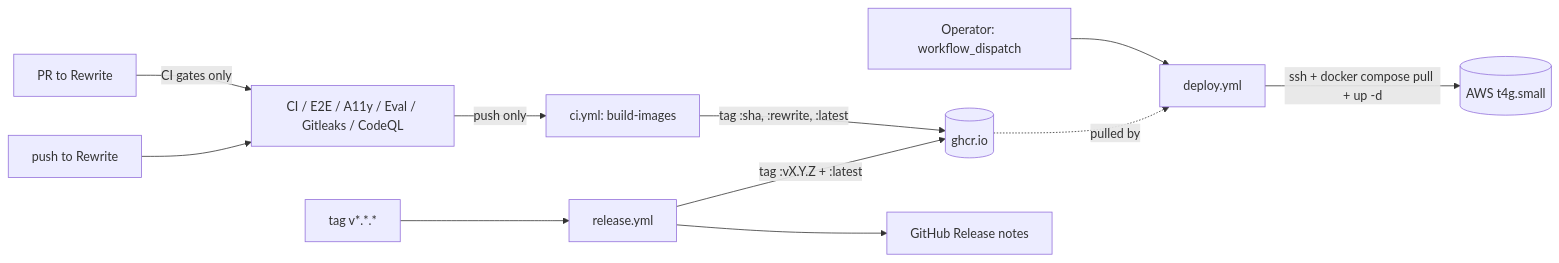
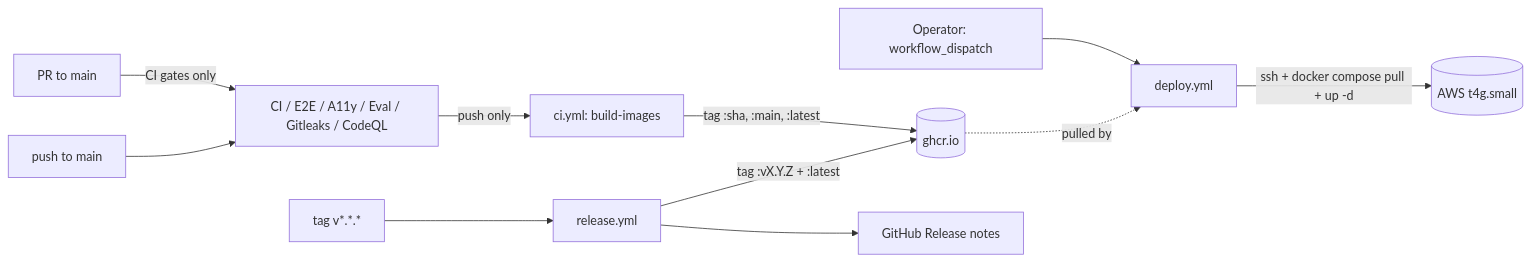
Before and after one commit to ahmedEid1/lumen: the diagram in docs/ci-cd.md, drawn with Mermaid. The commit also changed other lines of this file and 25 other files, not shown here.

````diff
--- a/docs/ci-cd.md
+++ b/docs/ci-cd.md
@@ -13,13 +13,13 @@
 ```mermaid
 flowchart LR
-    PR[PR to Rewrite] -->|CI gates only| CI[CI / E2E / A11y / Eval / Gitleaks / CodeQL]
-    Push[push to Rewrite] --> CI
+    PR[PR to main] -->|CI gates only| CI[CI / E2E / A11y / Eval / Gitleaks / CodeQL]
+    Push[push to main] --> CI
     CI -->|push only| Build[ci.yml: build-images]
-    Build -->|tag :sha, :rewrite, :latest| GHCR[(ghcr.io)]
+    Build -->|tag :sha, :main, :latest| GHCR[(ghcr.io)]
     Manual[Operator: workflow_dispatch] --> Deploy[deploy.yml]
     GHCR -. pulled by .-> Deploy
     Deploy -->|ssh + docker compose pull + up -d| AWS[(AWS t4g.small)]
     Tag["tag v*.*.*"] --> Release[release.yml]
     Release -->|tag :vX.Y.Z + :latest| GHCR
     Release --> GHRelease[GitHub Release notes]
 ```
````
